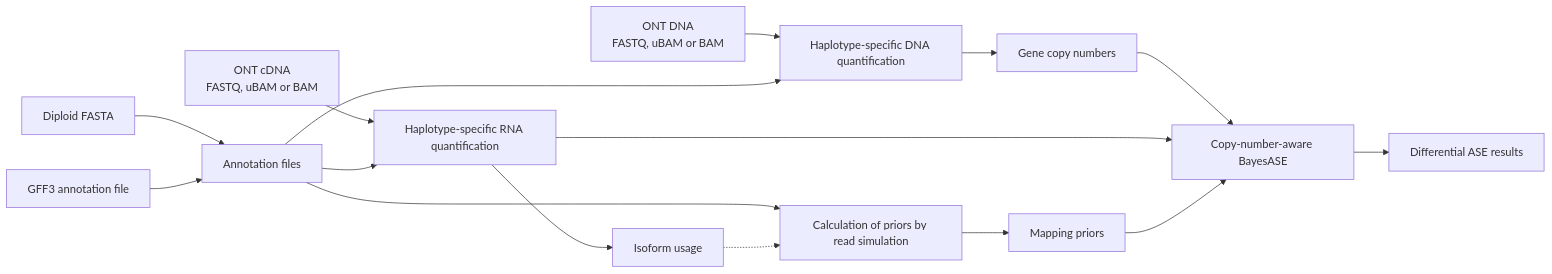
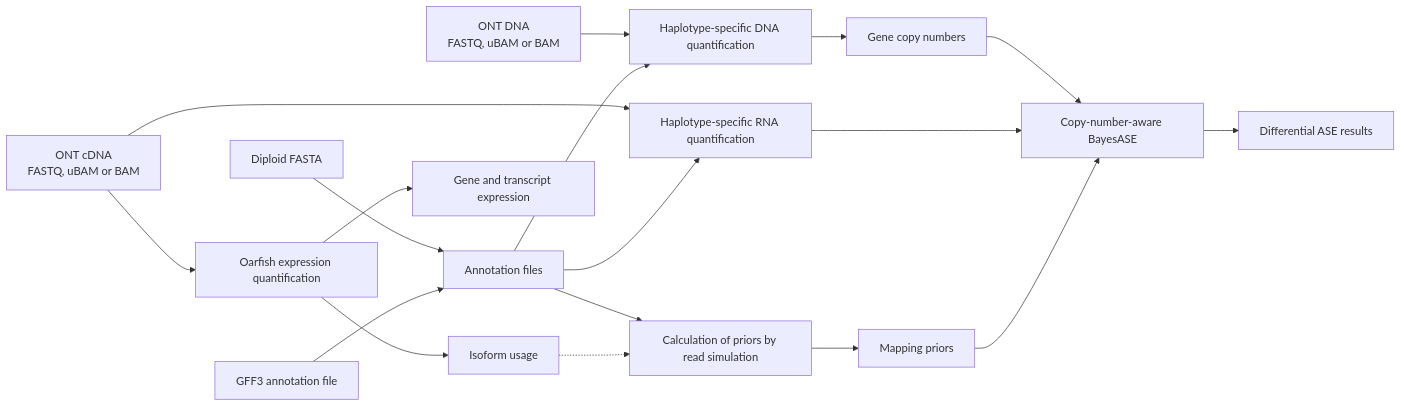
One commit to pabloangulo7/longBayesASE-CN changed the diagram in README.md. Above: the diagram before and after it, drawn with Mermaid. The commit also changed other lines of this file and 16 other files, not shown here.

First line of the commit message:
Classify RNA haplotypes from the alignments and use Oarfish for expression

````diff
--- a/README.md
+++ b/README.md
@@ -20,18 +20,20 @@
 ```mermaid
 flowchart LR
     F[Diploid FASTA] --> A[Annotation files]
     G[GFF3 annotation file] --> A
     D[ONT DNA<br/>FASTQ, uBAM or BAM] --> DC[Haplotype-specific DNA quantification]
     A --> DC
     DC --> CN[Gene copy numbers]
     R[ONT cDNA<br/>FASTQ, uBAM or BAM] --> RC[Haplotype-specific RNA quantification]
     A --> RC
+    R --> Q[Oarfish expression quantification]
+    Q --> E[Gene and transcript expression]
     A --> T[Calculation of priors by read simulation]
-    RC --> U[Isoform usage]
+    Q --> U[Isoform usage]
     U -.-> T
     T --> P[Mapping priors]
     CN --> M[Copy-number-aware BayesASE]
     RC --> M
     P --> M
     M --> O[Differential ASE results]
 ```
````
